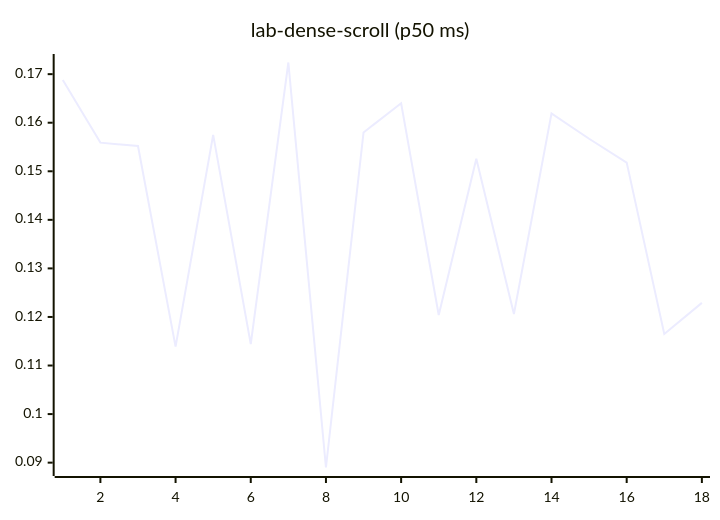
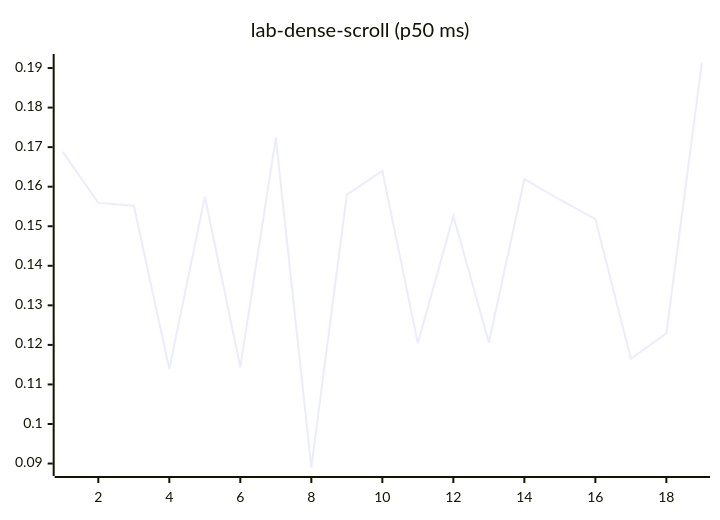
Before and after one commit to josha/Facet: diagram 12 of 27 in README.md, drawn with Mermaid. The commit also changed other lines of this file and 2 other files, not shown here.

````diff
--- a/README.md
+++ b/README.md
@@ -140,6 +140,6 @@
 ```mermaid
 xychart-beta
     title "lab-dense-scroll (p50 ms)"
-    x-axis 1 --> 18
-    line [0.1688, 0.1559, 0.1552, 0.1139, 0.1575, 0.1144, 0.1724, 0.0890, 0.1580, 0.1640, 0.1204, 0.1526, 0.1206, 0.1619, 0.1567, 0.1518, 0.1165, 0.1229]
+    x-axis 1 --> 19
+    line [0.1688, 0.1559, 0.1552, 0.1139, 0.1575, 0.1144, 0.1724, 0.0890, 0.1580, 0.1640, 0.1204, 0.1526, 0.1206, 0.1619, 0.1567, 0.1518, 0.1165, 0.1229, 0.1914]
 ```
````
